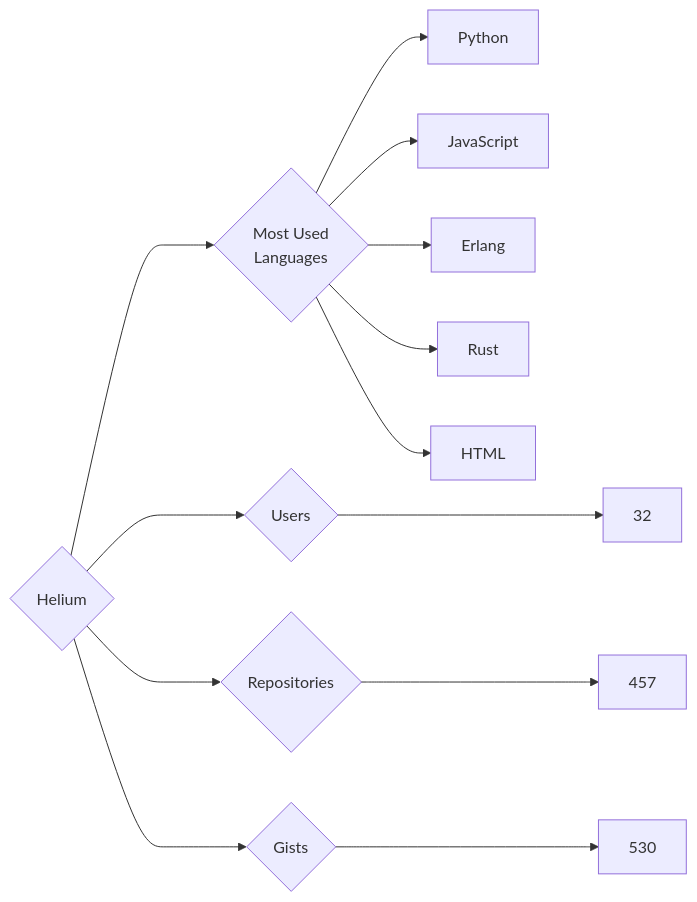
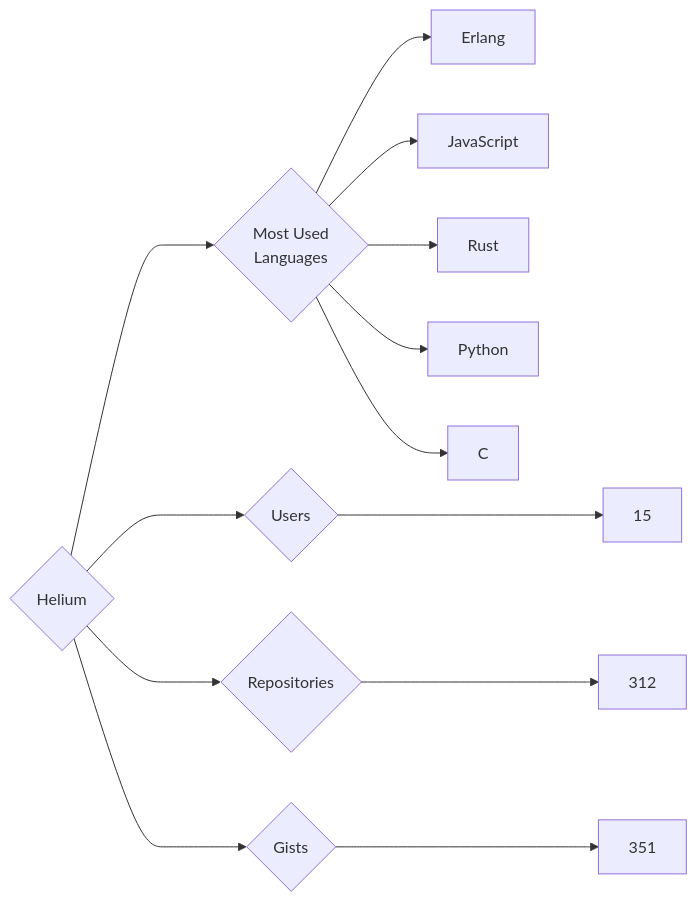
Before and after one commit to trickest/insiders: the diagram in targets/Helium/README.md, drawn with Mermaid. The commit also changed 610 other files, not shown here.

````diff
--- a/targets/Helium/README.md
+++ b/targets/Helium/README.md
@@ -3,13 +3,13 @@
 ```mermaid
 graph LR
 COMPANY_NAME{Helium}
-COMPANY_NAME ---> U{Users} ---> UN[32]
-COMPANY_NAME ---> R{Repositories} ---> RN[457]
-COMPANY_NAME ---> G{Gists} ---> GN[530]
+COMPANY_NAME ---> U{Users} ---> UN[15]
+COMPANY_NAME ---> R{Repositories} ---> RN[312]
+COMPANY_NAME ---> G{Gists} ---> GN[351]
 COMPANY_NAME ---> ML{Most Used<br>Languages}
+ML --> Erlang[Erlang]
+ML --> JavaScript[JavaScript]
+ML --> Rust[Rust]
 ML --> Python[Python]
-ML --> JavaScript[JavaScript]
-ML --> Erlang[Erlang]
-ML --> Rust[Rust]
-ML --> HTML[HTML]
+ML --> C[C]
 ```
````
